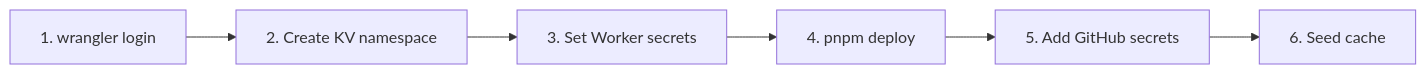
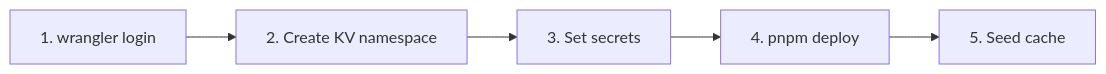
The second of 3 diagrams in README.md (ratul16/google-scholar-scarper), drawn with Mermaid before and after one commit. The commit also changed other lines of this file and 3 other files, not shown here.

Commit message:
refactor: remove GitHub Actions workflow and update documentation for local scraping

````diff
--- a/README.md
+++ b/README.md
@@ -105,8 +126,7 @@
 ```mermaid
 flowchart LR
     A[1. wrangler login] --> B[2. Create KV namespace]
-    B --> C[3. Set Worker secrets]
+    B --> C[3. Set secrets]
     C --> D[4. pnpm deploy]
-    D --> E[5. Add GitHub secrets]
-    E --> F[6. Seed cache]
+    D --> E[5. Seed cache]
 ```
````
